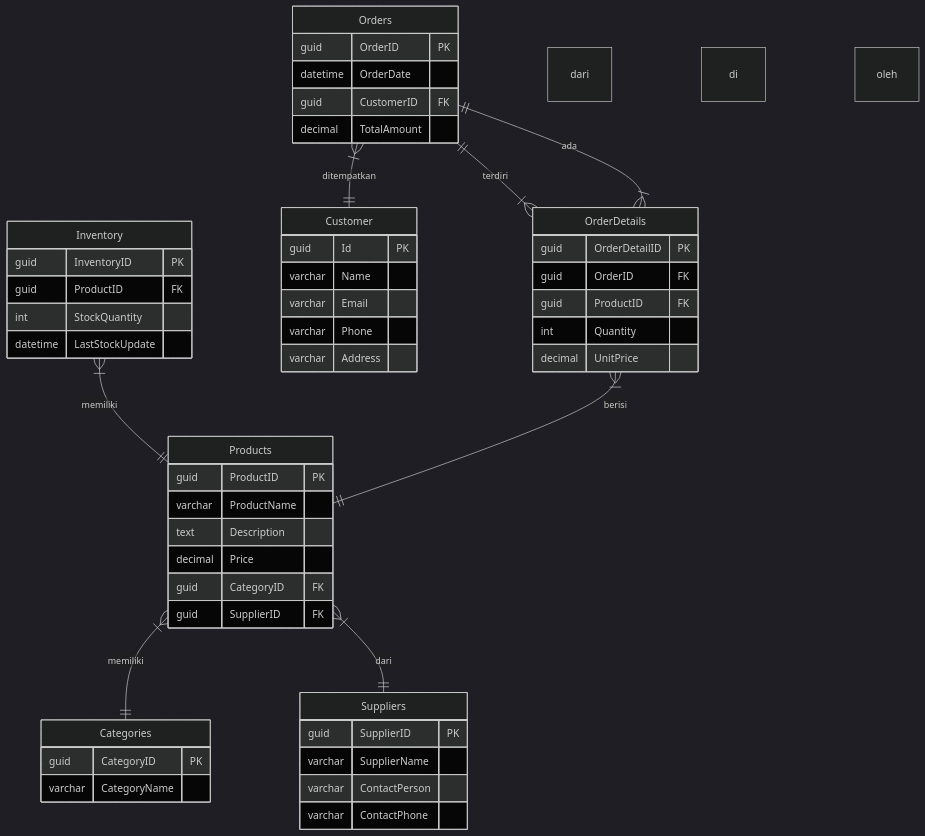
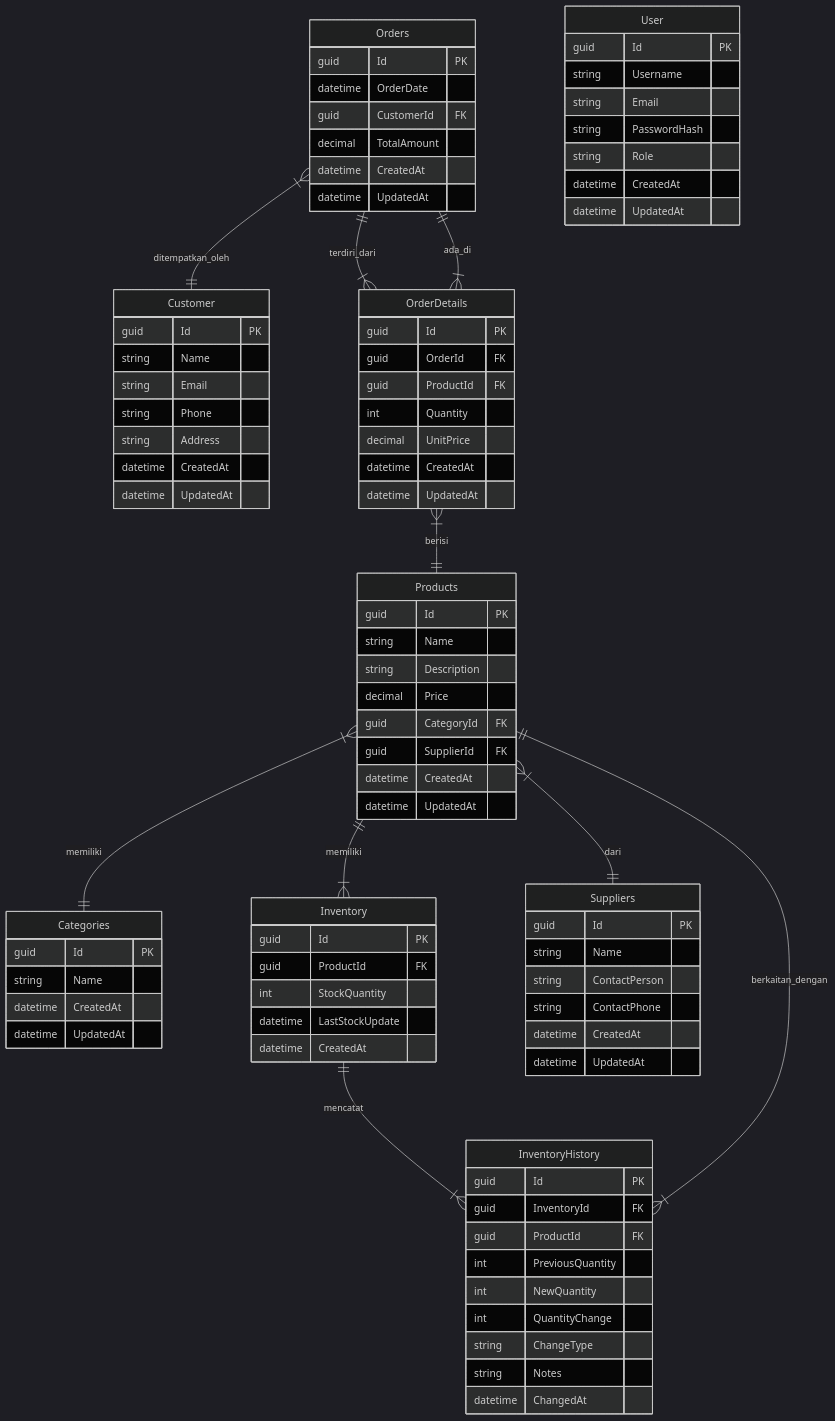
One commit to therealsatria/LINQwebAPI changed the diagram in README.md. Above: the diagram before and after it, drawn with Mermaid (dark theme). The commit also changed other lines of this file and 11 other files, not shown here.

````diff
--- a/README.md
+++ b/README.md
@@ -254,62 +409,98 @@
 ```mermaid
 erDiagram
     Products {
-        guid ProductID PK
-        varchar ProductName
-        text Description
+        guid Id PK
+        string Name
+        string Description
         decimal Price
-        guid CategoryID FK
-        guid SupplierID FK
+        guid CategoryId FK
+        guid SupplierId FK
+        datetime CreatedAt
+        datetime UpdatedAt
     }
 
     Categories {
-        guid CategoryID PK
-        varchar CategoryName
+        guid Id PK
+        string Name
+        datetime CreatedAt
+        datetime UpdatedAt
     }
 
     Inventory {
-        guid InventoryID PK
-        guid ProductID FK
+        guid Id PK
+        guid ProductId FK
         int StockQuantity
         datetime LastStockUpdate
+        datetime CreatedAt
+    }
+
+    InventoryHistory {
+        guid Id PK
+        guid InventoryId FK
+        guid ProductId FK
+        int PreviousQuantity
+        int NewQuantity
+        int QuantityChange
+        string ChangeType
+        string Notes
+        datetime ChangedAt
     }
 
     Suppliers {
-        guid SupplierID PK
-        varchar SupplierName
-        varchar ContactPerson
-        varchar ContactPhone
+        guid Id PK
+        string Name
+        string ContactPerson
+        string ContactPhone
+        datetime CreatedAt
+        datetime UpdatedAt
     }
 
     Customer {
         guid Id PK
-        varchar Name
-        varchar Email
-        varchar Phone
-        varchar Address
+        string Name
+        string Email
+        string Phone
+        string Address
+        datetime CreatedAt
+        datetime UpdatedAt
     }
 
     Orders {
-        guid OrderID PK
+        guid Id PK
         datetime OrderDate
-        guid CustomerID FK
+        guid CustomerId FK
         decimal TotalAmount
+        datetime CreatedAt
+        datetime UpdatedAt
     }
 
     OrderDetails {
-        guid OrderDetailID PK
-        guid OrderID FK
-        guid ProductID FK
+        guid Id PK
+        guid OrderId FK
+        guid ProductId FK
         int Quantity
         decimal UnitPrice
+        datetime CreatedAt
+        datetime UpdatedAt
+    }
+
+    User {
+        guid Id PK
+        string Username
+        string Email
+        string PasswordHash
+        string Role
+        datetime CreatedAt
+        datetime UpdatedAt
     }
 
     Products }|--|| Categories : memiliki
     Products }|--|| Suppliers : dari
-    Inventory }|--|| Products : memiliki
-    Orders ||--|{ OrderDetails : terdiri dari
-    OrderDetails }|--|| Orders : ada di
+    Products ||--|{ Inventory : memiliki
+    Inventory ||--|{ InventoryHistory : mencatat
+    InventoryHistory }|--|| Products : berkaitan_dengan
+    Orders ||--|{ OrderDetails : terdiri_dari
+    OrderDetails }|--|| Orders : ada_di
     OrderDetails }|--|| Products : berisi
-    Orders }|--|| Customer : ditempatkan oleh
-
+    Orders }|--|| Customer : ditempatkan_oleh
 ```
````
